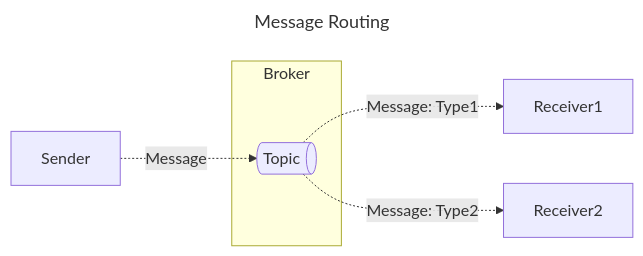
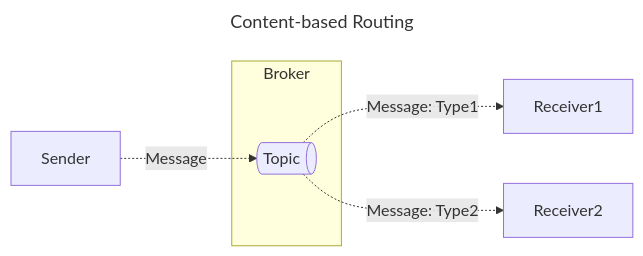
Before and after one commit to diagrid-labs/dapr-pub-sub-deep-dive: the diagram in .demo/slides/04-advanced/routing-diagrams.md, drawn with Mermaid. The commit also changed 12 other files, not shown here.

````diff
--- a/.demo/slides/04-advanced/routing-diagrams.md
+++ b/.demo/slides/04-advanced/routing-diagrams.md
@@ -6,17 +6,17 @@
 ```mermaid
 ---
-title: Message Routing
+title: Content-based Routing
 config:
   theme: light
 ---
 graph LR
     S[Sender]
     subgraph Broker
     T@{ shape: das, label: "Topic" }
     end
     R1[Receiver1]
     R2[Receiver2]
     S -.->|Message| T
     T -.->|Message: Type1| R1
     T -.->|Message: Type2| R2
 ```
````
